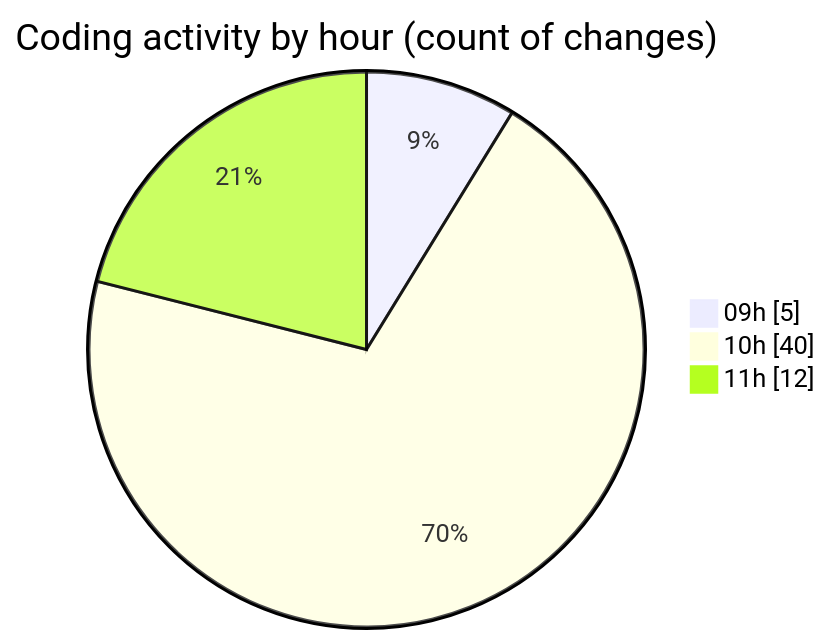
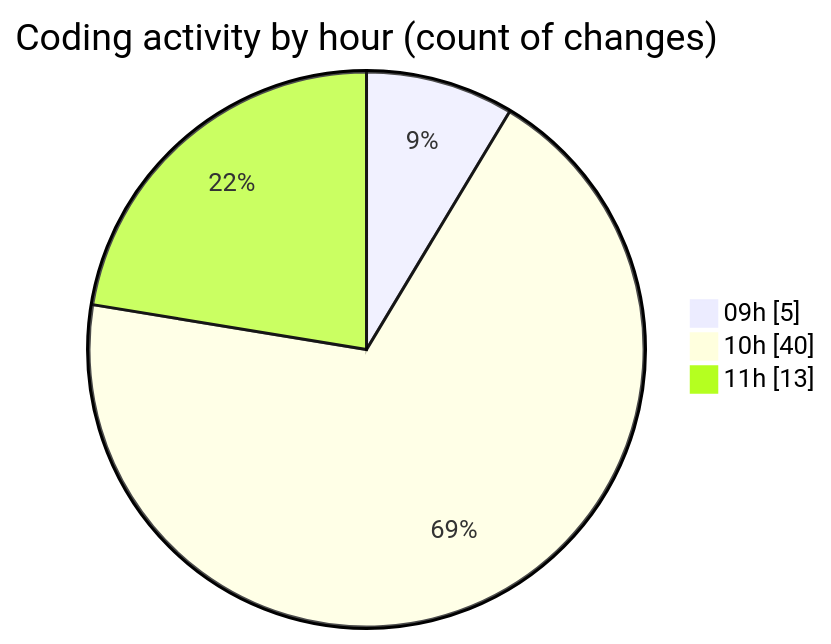
One commit to CELIANVF/code-tracking changed the second of 2 diagrams in 2025-06-02/ecodeli-1/README.md. Above: the diagram before and after it, drawn with Mermaid. The commit also changed other lines of this file and 1 other file, not shown here.

````diff
--- a/2025-06-02/ecodeli-1/README.md
+++ b/2025-06-02/ecodeli-1/README.md
@@ -68,7 +69,7 @@
 ```mermaid
 pie showData
 title Coding activity by hour (count of changes)
 "09h" : 5
 "10h" : 40
-"11h" : 12
+"11h" : 13
 ```
````
